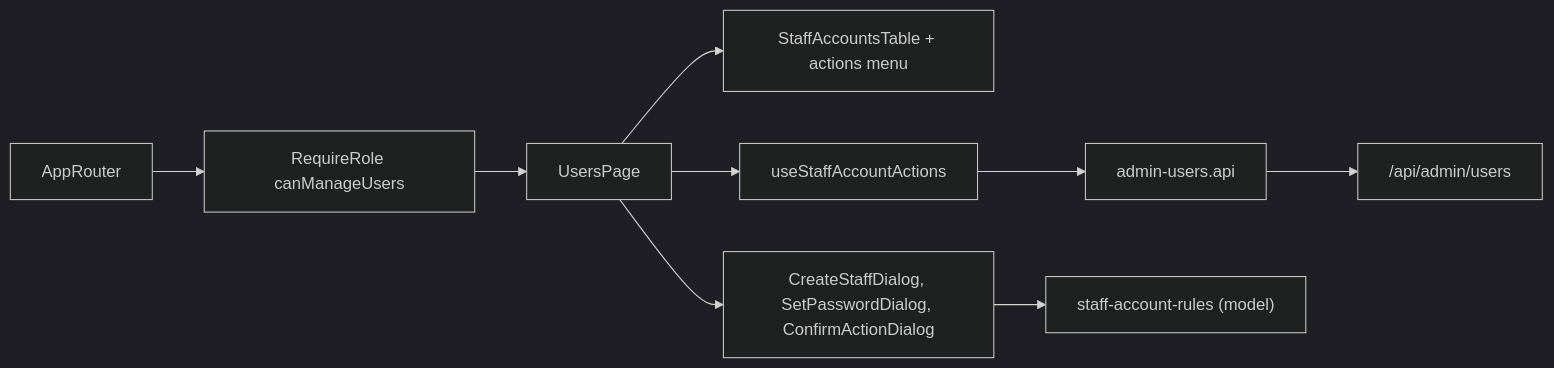
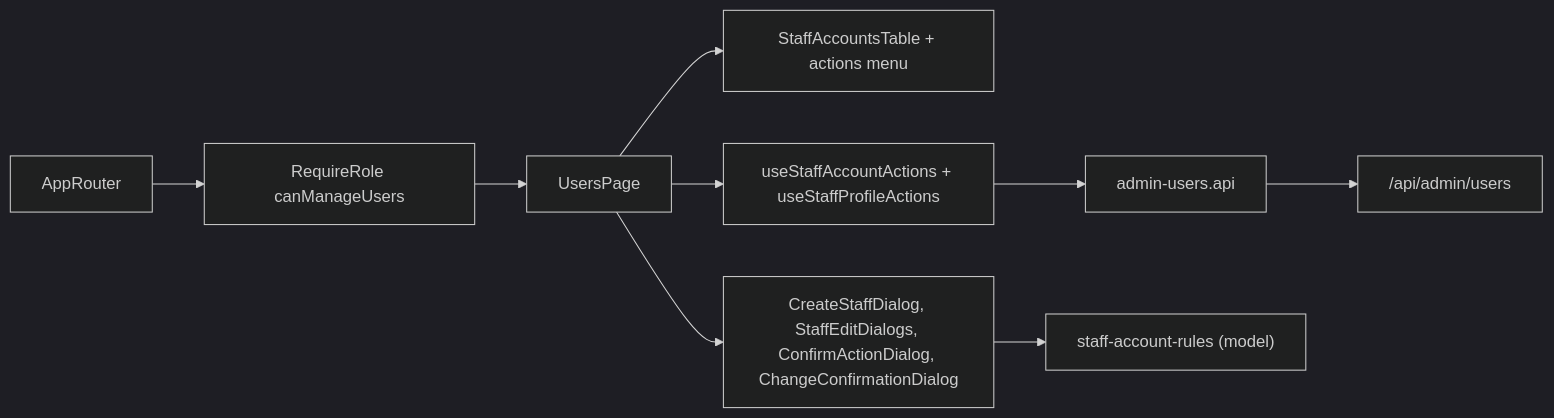
One commit to Weretik/kedr-web changed the diagram in docs/features/admin/users.md. Above: the diagram before and after it, drawn with Mermaid (dark theme). The commit also changed other lines of this file and 76 other files, not shown here.

````diff
--- a/docs/features/admin/users.md
+++ b/docs/features/admin/users.md
@@ -13,9 +13,9 @@
 ```mermaid
 flowchart LR
 Router["AppRouter"] --> Role["RequireRole canManageUsers"] --> Page["UsersPage"]
 Page --> Table["StaffAccountsTable + actions menu"]
-Page --> Dialogs["CreateStaffDialog, SetPasswordDialog, ConfirmActionDialog"]
-Page --> Actions["useStaffAccountActions"]
+Page --> Dialogs["CreateStaffDialog, StaffEditDialogs, ConfirmActionDialog, ChangeConfirmationDialog"]
+Page --> Actions["useStaffAccountActions + useStaffProfileActions"]
 Actions --> Api["admin-users.api"] --> Backend["/api/admin/users"]
 Dialogs --> Rules["staff-account-rules (model)"]
 ```
````
